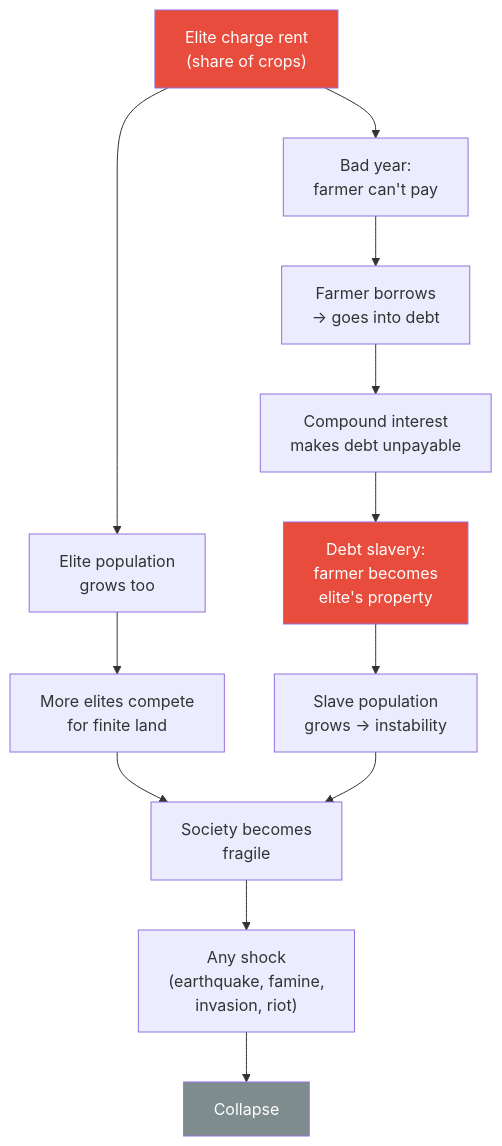
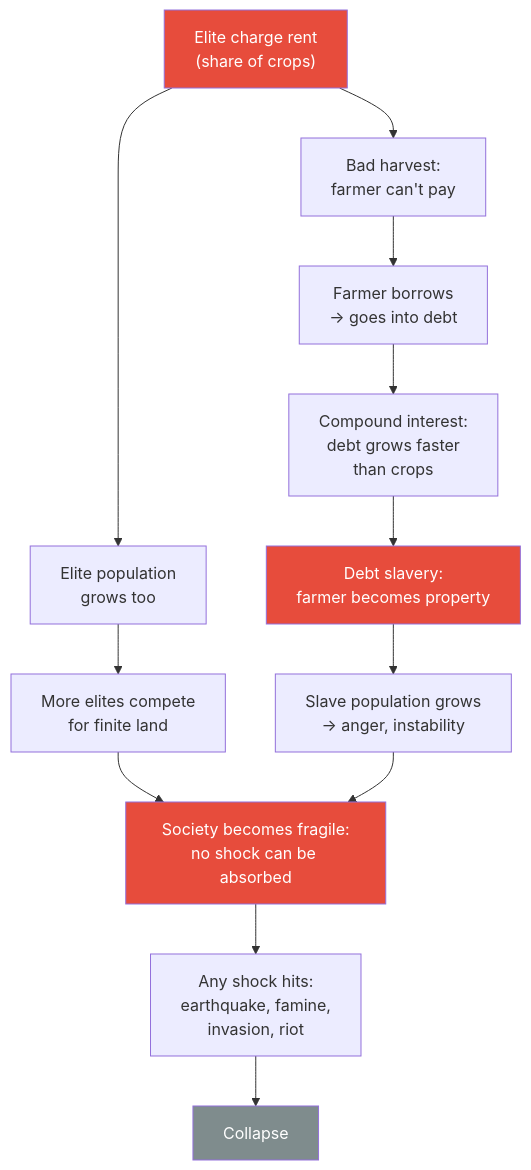
One commit to alius33/reader changed the fourth of 8 diagrams in summaries/Lectures/Civilization/06 - Elite Overproduction and the Bronze Age Collapse.md. Above: the diagram before and after it, drawn with Mermaid. The commit also changed other lines of this file and 26 other files, not shown here.

````diff
--- a/summaries/Lectures/Civilization/06 - Elite Overproduction and the Bronze Age Collapse.md
+++ b/summaries/Lectures/Civilization/06 - Elite Overproduction and the Bronze Age Collapse.md
@@ -186,17 +235,18 @@
 ```mermaid
 flowchart TB
-    RS["Elite charge rent<br/>(share of crops)"] --> BY["Bad year:<br/>farmer can't pay"]
+    RS["Elite charge rent<br/>(share of crops)"] --> BY["Bad harvest:<br/>farmer can't pay"]
     BY --> D["Farmer borrows<br/>→ goes into debt"]
-    D --> CI["Compound interest<br/>makes debt unpayable"]
-    CI --> DS["Debt slavery:<br/>farmer becomes<br/>elite's property"]
-    DS --> POP["Slave population<br/>grows → instability"]
-    RS --> EG["Elite population<br/>grows too"]
-    EG --> COMP["More elites compete<br/>for finite land"]
-    COMP --> FRAG["Society becomes<br/>fragile"]
+    D --> CI["Compound interest:<br/>debt grows faster<br/>than crops"]
+    CI --> DS["Debt slavery:<br/>farmer becomes property"]
+    DS --> POP["Slave population grows<br/>→ anger, instability"]
+    RS --> EG2["Elite population<br/>grows too"]
+    EG2 --> COMP["More elites compete<br/>for finite land"]
+    COMP --> FRAG["Society becomes fragile:<br/>no shock can be absorbed"]
     POP --> FRAG
-    FRAG --> SHOCK["Any shock<br/>(earthquake, famine,<br/>invasion, riot)"]
+    FRAG --> SHOCK["Any shock hits:<br/>earthquake, famine,<br/>invasion, riot"]
     SHOCK --> COLLAPSE["Collapse"]
     style RS fill:#e74c3c,color:#fff
     style DS fill:#e74c3c,color:#fff
+    style FRAG fill:#e74c3c,color:#fff
     style COLLAPSE fill:#7f8c8d,color:#fff
 ```
````
